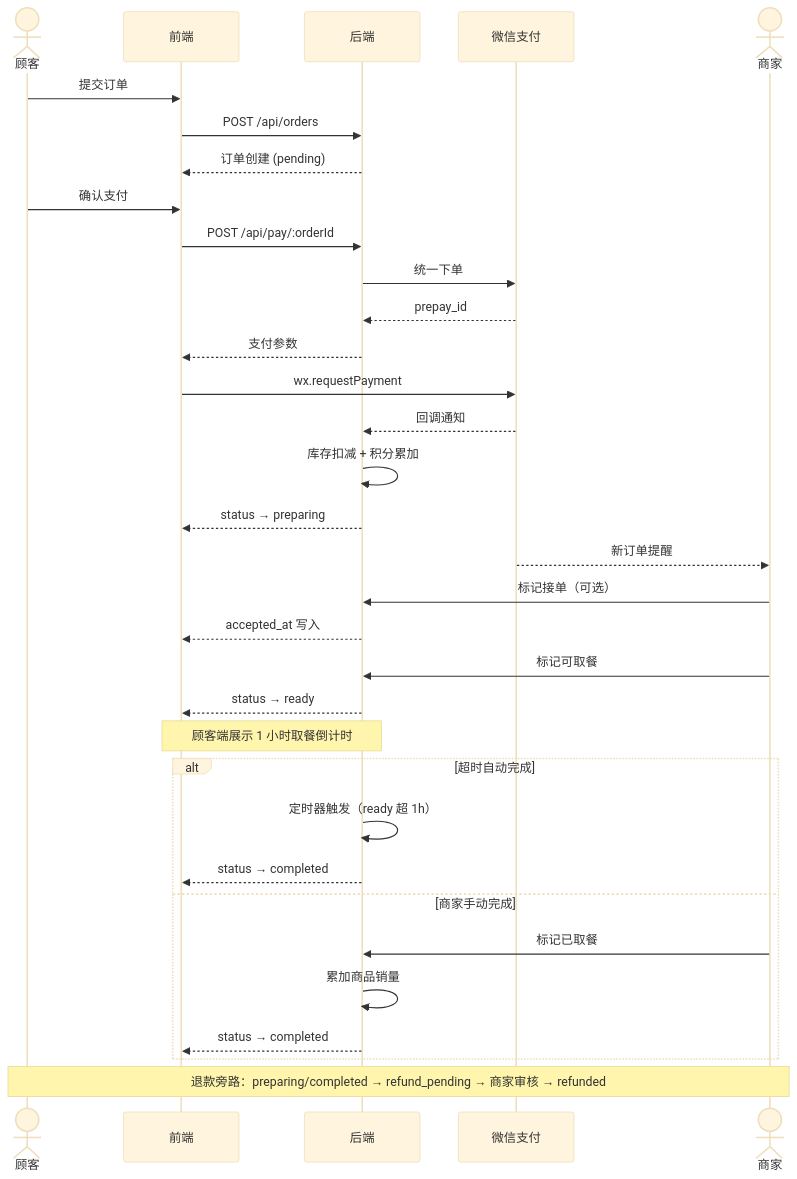
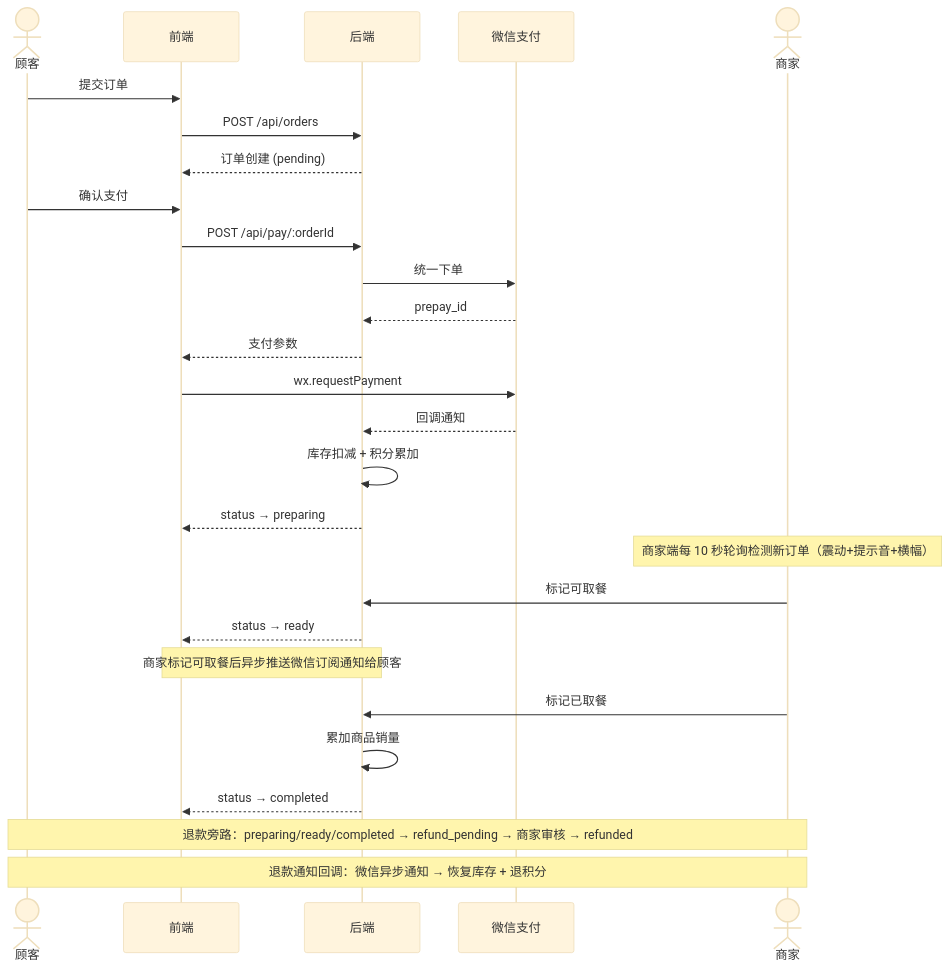
Before and after one commit to zip-Wu/tasty_bakery: the third of 4 diagrams in README.md, drawn with Mermaid (base theme). The commit also changed other lines of this file and 8 other files, not shown here.

````diff
--- a/README.md
+++ b/README.md
@@ -152,42 +201,36 @@
 ```mermaid
 sequenceDiagram
     actor 顾客
     participant 前端
     participant 后端
     participant 微信支付
     actor 商家
 
     顾客->>前端: 提交订单
     前端->>后端: POST /api/orders
     后端-->>前端: 订单创建 (pending)
 
     顾客->>前端: 确认支付
     前端->>后端: POST /api/pay/:orderId
     后端->>微信支付: 统一下单
     微信支付-->>后端: prepay_id
     后端-->>前端: 支付参数
     前端->>微信支付: wx.requestPayment
     微信支付-->>后端: 回调通知
     后端->>后端: 库存扣减 + 积分累加
     后端-->>前端: status → preparing
 
-    微信支付-->>商家: 新订单提醒
-    商家->>后端: 标记接单（可选）
-    后端-->>前端: accepted_at 写入
+    Note over 商家: 商家端每 10 秒轮询检测新订单（震动+提示音+横幅）
 
     商家->>后端: 标记可取餐
     后端-->>前端: status → ready
 
-    Note over 前端,后端: 顾客端展示 1 小时取餐倒计时
+    Note over 前端,后端: 商家标记可取餐后异步推送微信订阅通知给顾客
 
-    alt 超时自动完成
-        后端->>后端: 定时器触发（ready 超 1h）
-        后端-->>前端: status → completed
-    else 商家手动完成
-        商家->>后端: 标记已取餐
-        后端->>后端: 累加商品销量
-        后端-->>前端: status → completed
-    end
+    商家->>后端: 标记已取餐
+    后端->>后端: 累加商品销量
+    后端-->>前端: status → completed
 
-    Note over 顾客,商家: 退款旁路：preparing/completed → refund_pending → 商家审核 → refunded
+    Note over 顾客,商家: 退款旁路：preparing/ready/completed → refund_pending → 商家审核 → refunded
+    Note over 顾客,商家: 退款通知回调：微信异步通知 → 恢复库存 + 退积分
 ```
````
